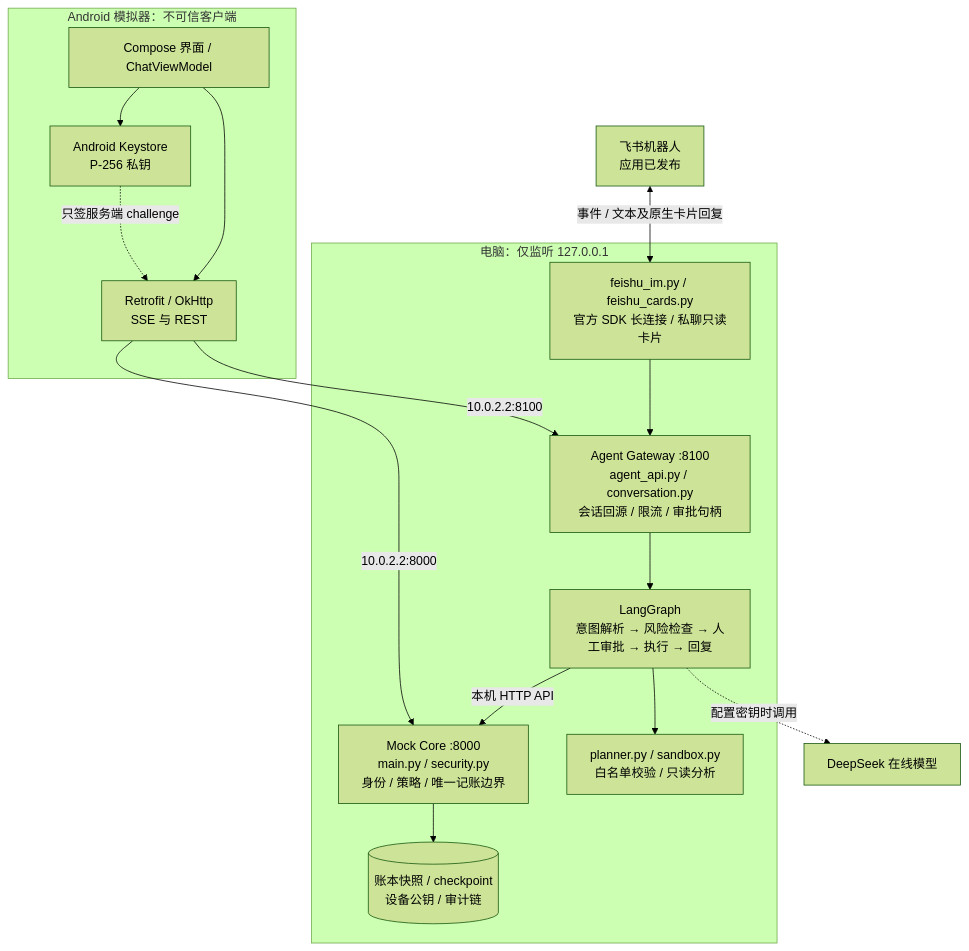
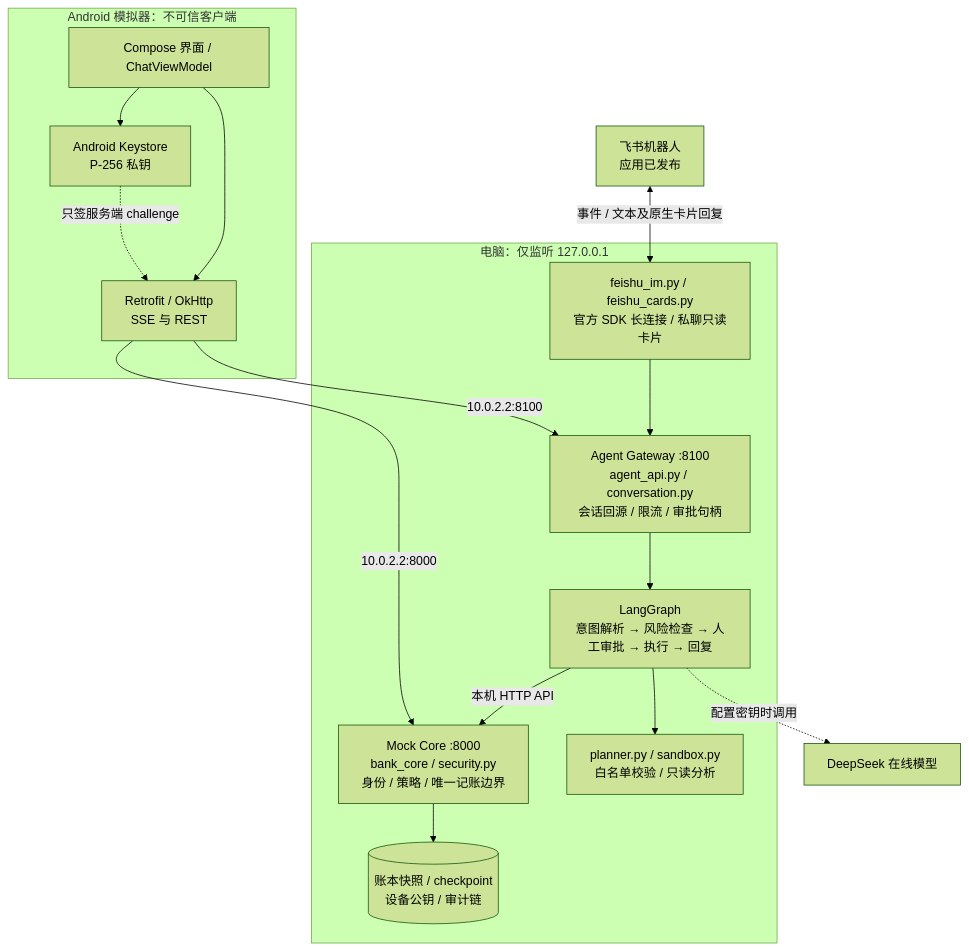
Before and after one commit to Zagadka-3906/ai-banking-agent: the first of 2 diagrams in docs/技术文档.md, drawn with Mermaid (forest theme). The commit also changed other lines of this file and 38 other files, not shown here.

First line of the commit message:
refactor(agent): 将 3477 行的 agent.py 拆分为 bank_agent 包，并更新代码地图

````diff
--- a/docs/技术文档.md
+++ b/docs/技术文档.md
@@ -9,26 +9,26 @@
 ```mermaid
 flowchart TB
     subgraph Emulator[Android 模拟器：不可信客户端]
       UI[Compose 界面 / ChatViewModel]
       KEY[Android Keystore<br/>P-256 私钥]
       NET[Retrofit / OkHttp<br/>SSE 与 REST]
       UI --> NET
       UI --> KEY
     end
     subgraph Host[电脑：仅监听 127.0.0.1]
       GW[Agent Gateway :8100<br/>agent_api.py / conversation.py<br/>会话回源 / 限流 / 审批句柄]
       IM[feishu_im.py / feishu_cards.py<br/>官方 SDK 长连接 / 私聊只读卡片]
       GRAPH[LangGraph<br/>意图解析 → 风险检查 → 人工审批 → 执行 → 回复]
-      CORE[Mock Core :8000<br/>main.py / security.py<br/>身份 / 策略 / 唯一记账边界]
+      CORE[Mock Core :8000<br/>bank_core / security.py<br/>身份 / 策略 / 唯一记账边界]
       PLAN[planner.py / sandbox.py<br/>白名单校验 / 只读分析]
       STORE[(账本快照 / checkpoint<br/>设备公钥 / 审计链)]
       GW --> GRAPH --> PLAN
       IM --> GW
       GRAPH -->|本机 HTTP API| CORE --> STORE
     end
     NET -->|10.0.2.2:8100| GW
     NET -->|10.0.2.2:8000| CORE
     KEY -.只签服务端 challenge.-> NET
     GRAPH -.配置密钥时调用.-> LLM[DeepSeek 在线模型]
     FEISHU[飞书机器人<br/>应用已发布] <-->|事件 / 文本及原生卡片回复| IM
 ```
````
